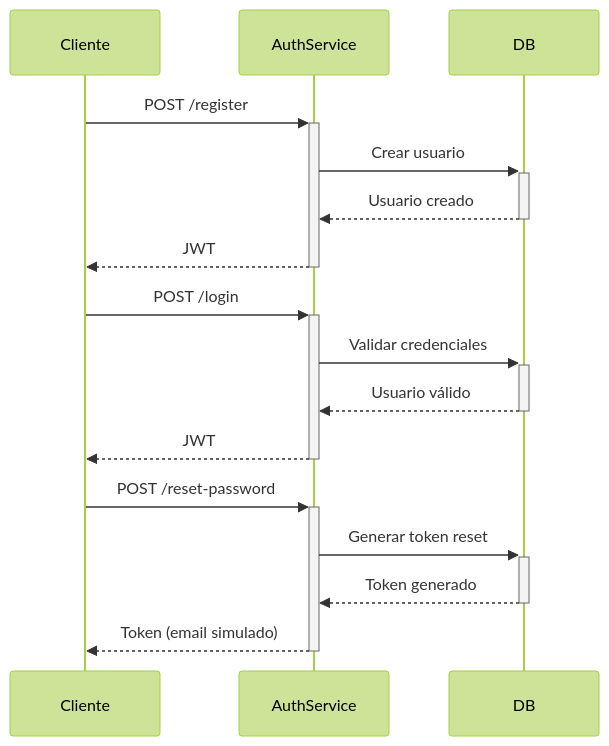
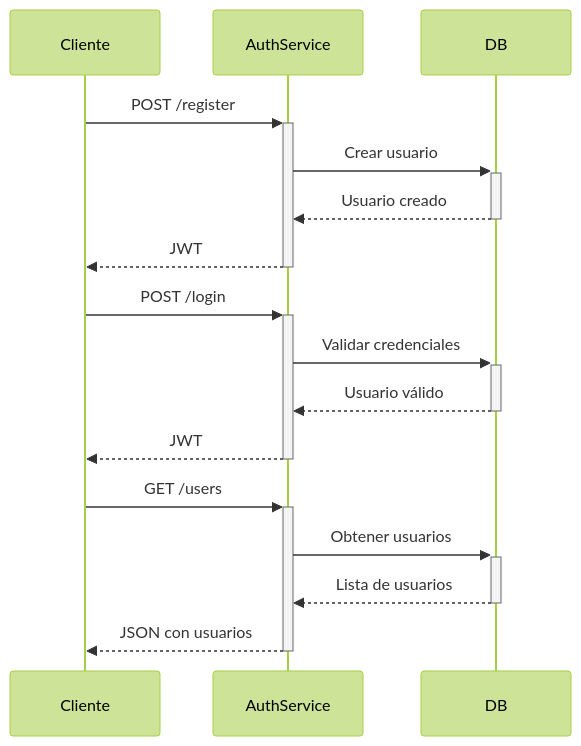
The diagram in auth-service/README-Auth.md (WooshC/PetCareSolution), drawn with Mermaid (forest theme) before and after one commit. The commit also changed other lines of this file and 3 other files, not shown here.

````diff
--- a/auth-service/README-Auth.md
+++ b/auth-service/README-Auth.md
@@ -192,17 +302,17 @@
 ```mermaid
 sequenceDiagram
     Cliente->>+AuthService: POST /register
     AuthService->>+DB: Crear usuario
     DB-->>-AuthService: Usuario creado
     AuthService-->>-Cliente: JWT
     
     Cliente->>+AuthService: POST /login
     AuthService->>+DB: Validar credenciales
     DB-->>-AuthService: Usuario válido
     AuthService-->>-Cliente: JWT
     
-    Cliente->>+AuthService: POST /reset-password
-    AuthService->>+DB: Generar token reset
-    DB-->>-AuthService: Token generado
-    AuthService-->>-Cliente: Token (email simulado)
+    Cliente->>+AuthService: GET /users
+    AuthService->>+DB: Obtener usuarios
+    DB-->>-AuthService: Lista de usuarios
+    AuthService-->>-Cliente: JSON con usuarios
 ```
````
